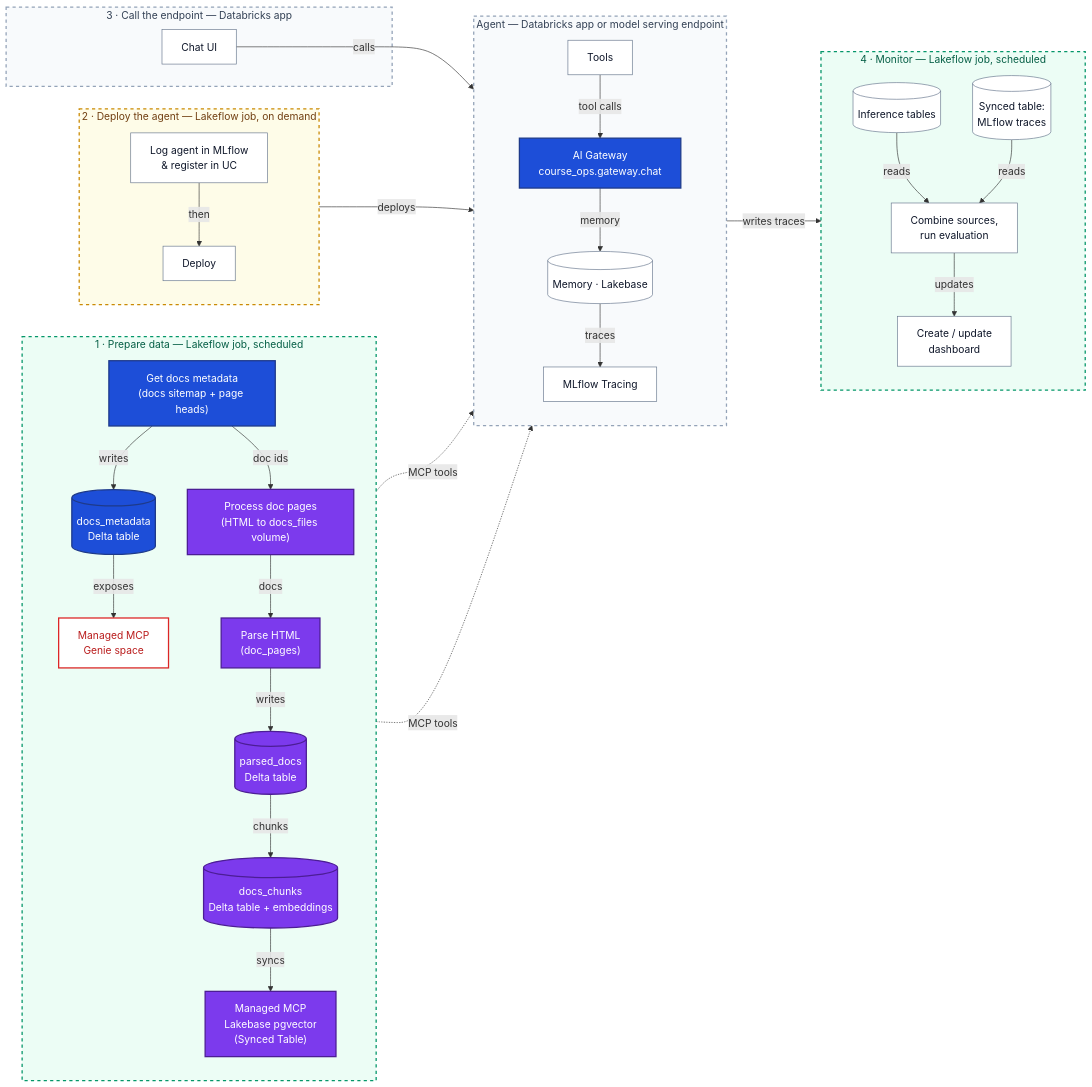
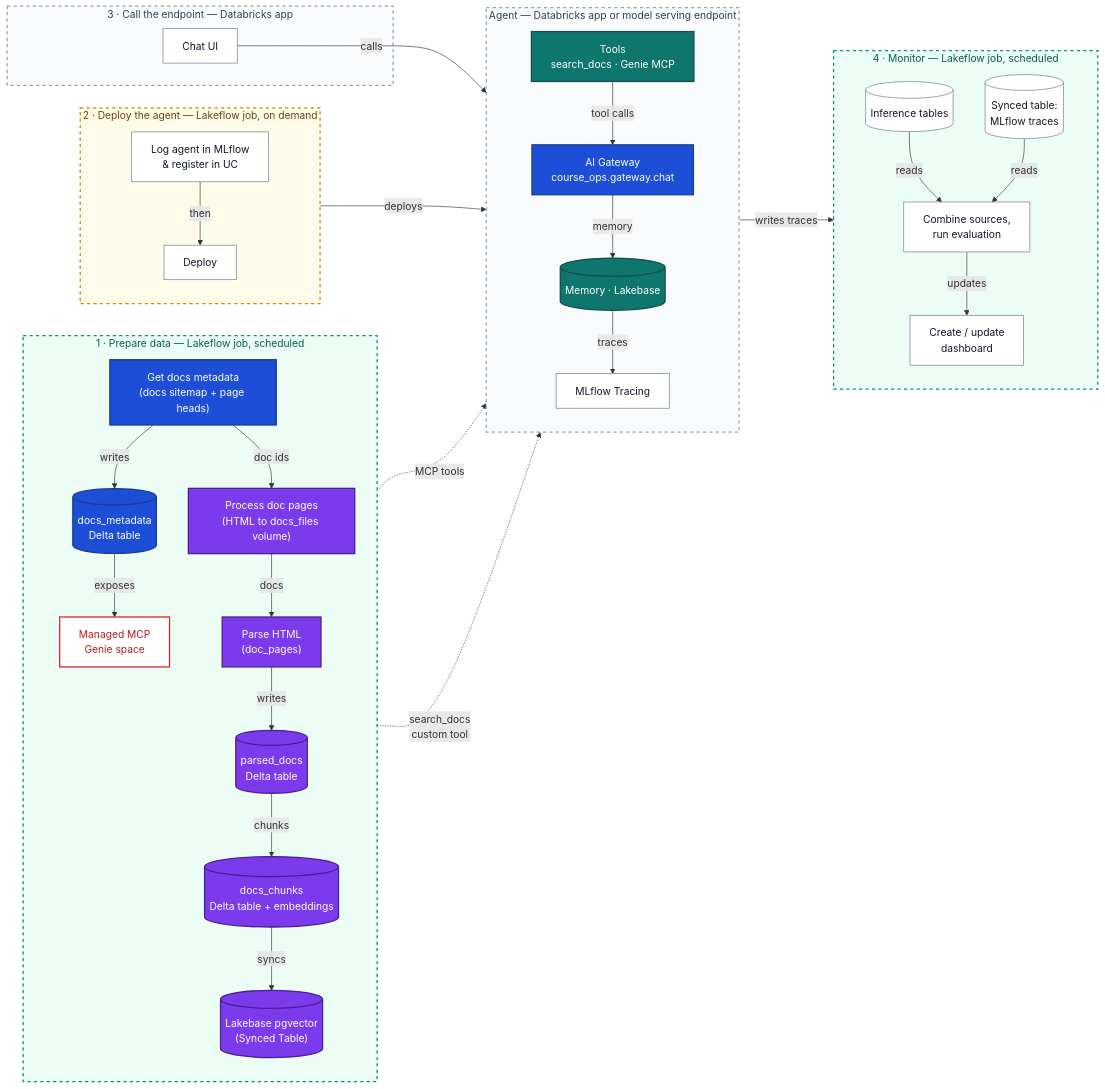
Before and after one commit to llmops-databricks-2/llmops-naittou-soufiane: the diagram in docs/architecture.md, drawn with Mermaid. The commit also changed other lines of this file and 2 other files, not shown here.

Commit message:
docs: document lecture 3 tools, orchestration and memory

````diff
--- a/docs/architecture.md
+++ b/docs/architecture.md
@@ -6,67 +6,69 @@
 ```mermaid
 flowchart LR
     subgraph prepare["1 · Prepare data — Lakeflow job, scheduled"]
         direction TB
         meta["Get docs metadata<br/>(docs sitemap + page heads)"]
         store[("docs_metadata<br/>Delta table")]
         genie["Managed MCP<br/>Genie space"]
         pages["Process doc pages<br/>(HTML to docs_files volume)"]
         parse["Parse HTML<br/>(doc_pages)"]
         parsed[("parsed_docs<br/>Delta table")]
         chunks[("docs_chunks<br/>Delta table + embeddings")]
-        vs["Managed MCP<br/>Lakebase pgvector<br/>(Synced Table)"]
+        vs[("Lakebase pgvector<br/>(Synced Table)")]
         meta -->|writes| store -->|exposes| genie
         meta -->|doc ids| pages -->|docs| parse -->|writes| parsed -->|chunks| chunks -->|syncs| vs
     end
 
     subgraph agent["Agent — Databricks app or model serving endpoint"]
         direction TB
-        tools["Tools"]
+        tools["Tools<br/>search_docs · Genie MCP"]
         gateway["AI Gateway<br/>course_ops.gateway.chat"]
         memory[("Memory · Lakebase")]
         tracing["MLflow Tracing"]
         tools -->|tool calls| gateway -->|memory| memory -->|traces| tracing
     end
 
     subgraph deploy["2 · Deploy the agent — Lakeflow job, on demand"]
         direction TB
         log["Log agent in MLflow<br/>& register in UC"] -->|then| ship["Deploy"]
     end
 
     subgraph endpoint["3 · Call the endpoint — Databricks app"]
         app["Chat UI"]
     end
 
     subgraph monitor["4 · Monitor — Lakeflow job, scheduled"]
         direction TB
         inference[("Inference tables")]
         synced[("Synced table:<br/>MLflow traces")]
         evaluate["Combine sources,<br/>run evaluation"]
         dashboard["Create / update<br/>dashboard"]
         inference -->|reads| evaluate
         synced -->|reads| evaluate
         evaluate -->|updates| dashboard
     end
 
     genie -. MCP tools .-> tools
-    vs -. MCP tools .-> tools
+    vs -. search_docs<br/>custom tool .-> tools
     ship -->|deploys| agent
     app -->|calls| agent
     tracing -->|writes traces| synced
 
     %% Explicit fill + text colors so the diagram reads the same in light and dark themes.
     classDef box fill:#ffffff,stroke:#64748b,stroke-width:1px,color:#0f172a
     classDef mcp fill:#ffffff,stroke:#dc2626,stroke-width:2px,color:#b91c1c
     classDef lecture1 fill:#1d4ed8,stroke:#1e3a8a,stroke-width:2px,color:#ffffff
     classDef lecture2 fill:#7c3aed,stroke:#4c1d95,stroke-width:2px,color:#ffffff
-    class tools,memory,tracing,log,ship,app,inference,synced,evaluate,dashboard box
+    classDef lecture3 fill:#0f766e,stroke:#134e4a,stroke-width:2px,color:#ffffff
+    class tracing,log,ship,app,inference,synced,evaluate,dashboard box
     class genie mcp
+    class tools,memory lecture3
     class meta,store,gateway lecture1
     class pages,parse,parsed,chunks,vs lecture2
 
     style prepare fill:#ecfdf5,stroke:#059669,stroke-width:2px,stroke-dasharray:5 5,color:#065f46
     style monitor fill:#ecfdf5,stroke:#059669,stroke-width:2px,stroke-dasharray:5 5,color:#065f46
     style deploy fill:#fefce8,stroke:#ca8a04,stroke-width:2px,stroke-dasharray:5 5,color:#713f12
     style agent fill:#f8fafc,stroke:#94a3b8,stroke-width:2px,stroke-dasharray:5 5,color:#334155
     style endpoint fill:#f8fafc,stroke:#94a3b8,stroke-width:2px,stroke-dasharray:5 5,color:#334155
 ```
````
